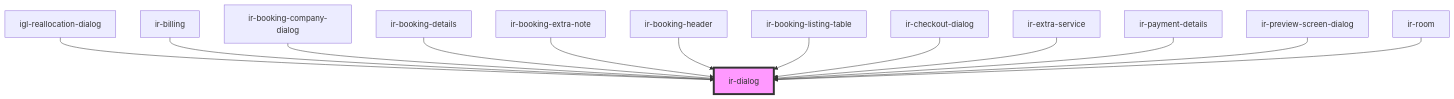
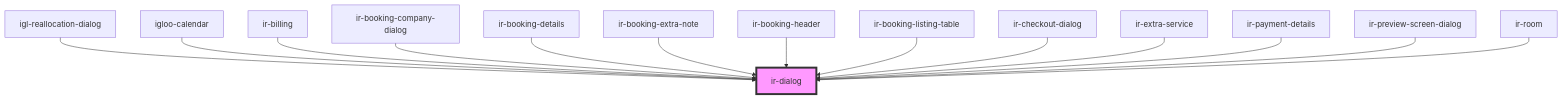
The diagram in src/components/ui/ir-dialog/readme.md (David1Chowaifaty/modified-ir-webcmp), drawn with Mermaid before and after one commit. The commit also changed other lines of this file and 11 other files, not shown here.

First line of the commit message:
Enhance igloo-calendar functionality for check-in and sidebar interactions

````diff
--- a/src/components/ui/ir-dialog/readme.md
+++ b/src/components/ui/ir-dialog/readme.md
@@ -69,16 +70,17 @@
 ```mermaid
 graph TD;
   igl-reallocation-dialog --> ir-dialog
+  igloo-calendar --> ir-dialog
   ir-billing --> ir-dialog
   ir-booking-company-dialog --> ir-dialog
   ir-booking-details --> ir-dialog
   ir-booking-extra-note --> ir-dialog
   ir-booking-header --> ir-dialog
   ir-booking-listing-table --> ir-dialog
   ir-checkout-dialog --> ir-dialog
   ir-extra-service --> ir-dialog
   ir-payment-details --> ir-dialog
   ir-preview-screen-dialog --> ir-dialog
   ir-room --> ir-dialog
   style ir-dialog fill:#f9f,stroke:#333,stroke-width:4px
 ```
````
